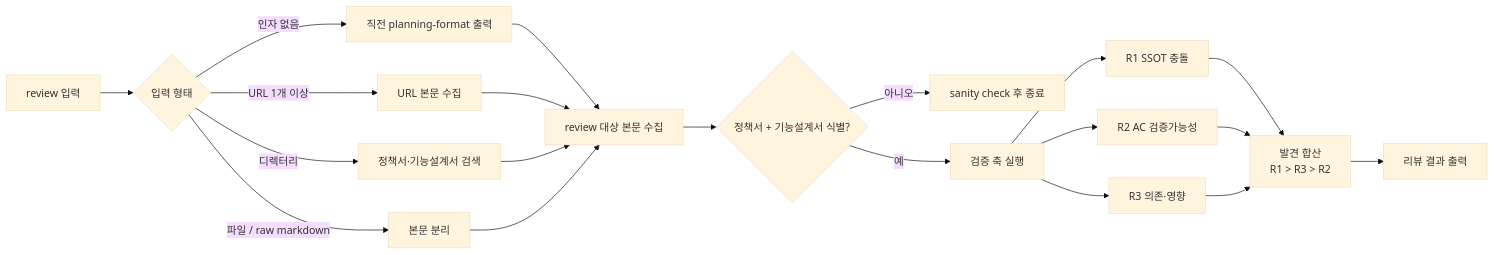
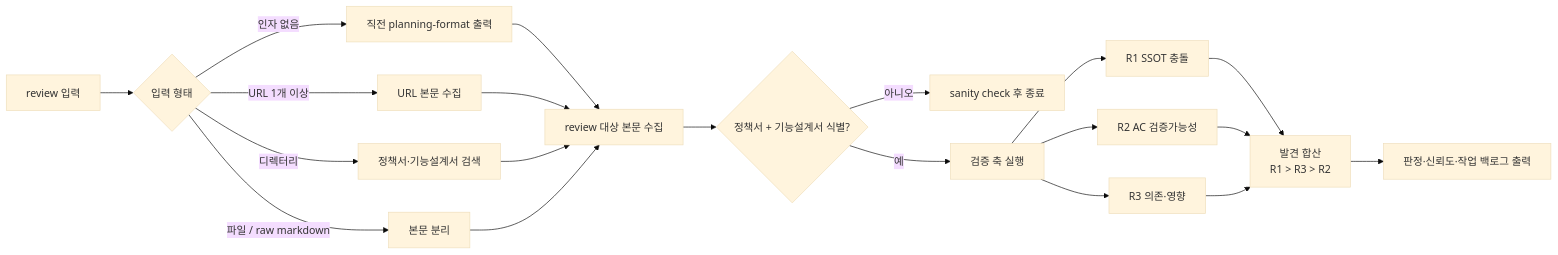
One commit to inkwonjung-colosseum/plugins changed the third of 7 diagrams in planning-kit/docs/planning-kit-workflow-guide.md. Above: the diagram before and after it, drawn with Mermaid (base theme). The commit also changed other lines of this file and 24 other files, not shown here.

````diff
--- a/planning-kit/docs/planning-kit-workflow-guide.md
+++ b/planning-kit/docs/planning-kit-workflow-guide.md
@@ -134,26 +134,26 @@
 ```mermaid
 flowchart LR
   A["review 입력"] --> B{"입력 형태"}
   B -->|"인자 없음"| C["직전 planning-format 출력"]
   B -->|"URL 1개 이상"| D["URL 본문 수집"]
   B -->|"디렉터리"| E["정책서·기능설계서 검색"]
   B -->|"파일 / raw markdown"| F["본문 분리"]
 
   C --> G["review 대상 본문 수집"]
   D --> G
   E --> G
   F --> G
 
   G --> H{"정책서 + 기능설계서 식별?"}
   H -->|"아니오"| X["sanity check 후 종료"]
   H -->|"예"| I["검증 축 실행"]
 
   I --> J["R1 SSOT 충돌"]
   I --> K["R2 AC 검증가능성"]
   I --> L["R3 의존·영향"]
 
   J --> M["발견 합산<br/>R1 > R3 > R2"]
   K --> M
   L --> M
-  M --> N["리뷰 결과 출력"]
+  M --> N["판정·신뢰도·작업 백로그 출력"]
 ```
````
